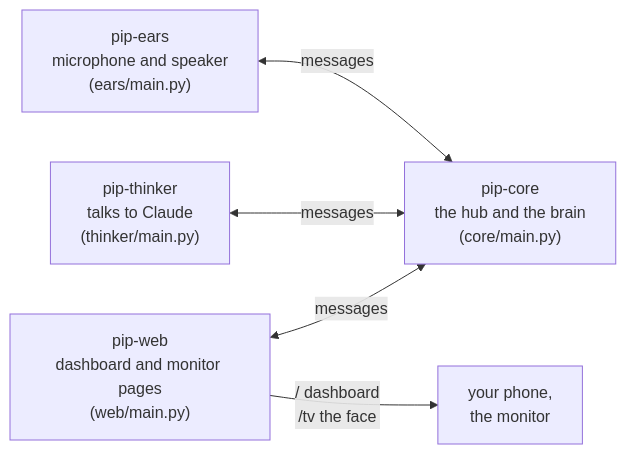
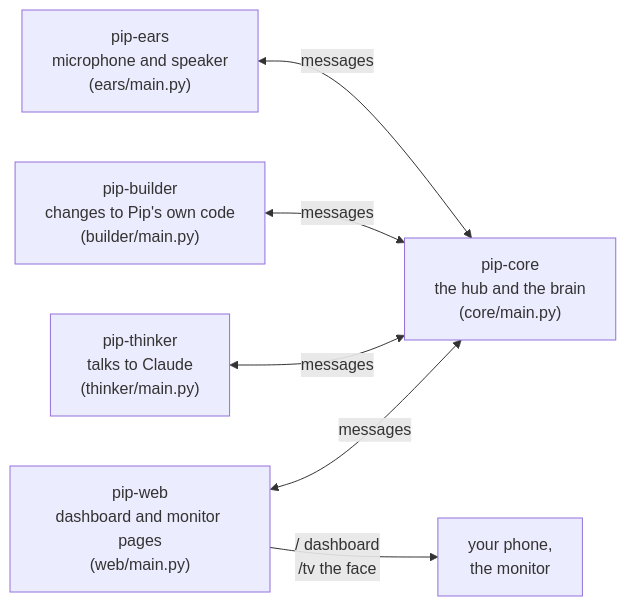
Before and after one commit to LandenHeine17/pip: the first of 3 diagrams in docs/HOW-PIP-WORKS.md, drawn with Mermaid. The commit also changed other lines of this file and 43 other files, not shown here.

First line of the commit message:
M1b: safe self-changes (pip-builder), versioned installs with auto-rollback, usage meter (D-118)

````diff
--- a/docs/HOW-PIP-WORKS.md
+++ b/docs/HOW-PIP-WORKS.md
@@ -11,11 +11,13 @@
 ```mermaid
 flowchart LR
   ears["pip-ears<br/>microphone and speaker<br/>(ears/main.py)"]
   core["pip-core<br/>the hub and the brain<br/>(core/main.py)"]
   thinker["pip-thinker<br/>talks to Claude<br/>(thinker/main.py)"]
   web["pip-web<br/>dashboard and monitor pages<br/>(web/main.py)"]
+  builder["pip-builder<br/>changes to Pip's own code<br/>(builder/main.py)"]
   ears <-->|messages| core
+  builder <-->|messages| core
   thinker <-->|messages| core
   web <-->|messages| core
   web -->|"/ dashboard<br/>/tv the face"| browser["your phone,<br/>the monitor"]
 ```
````
